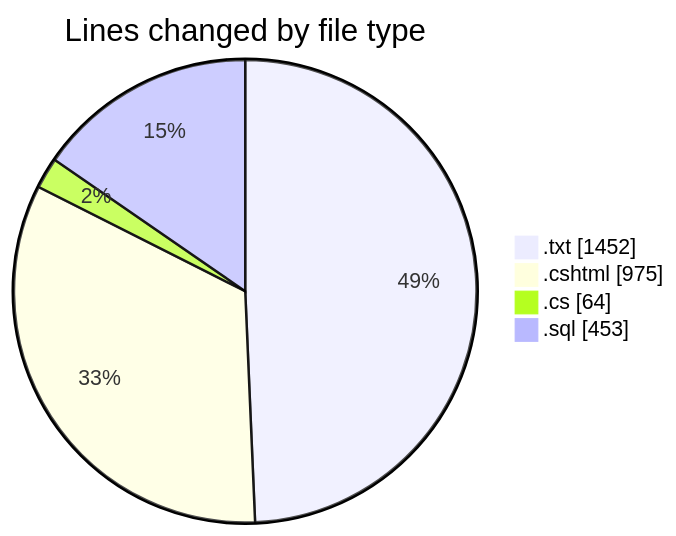
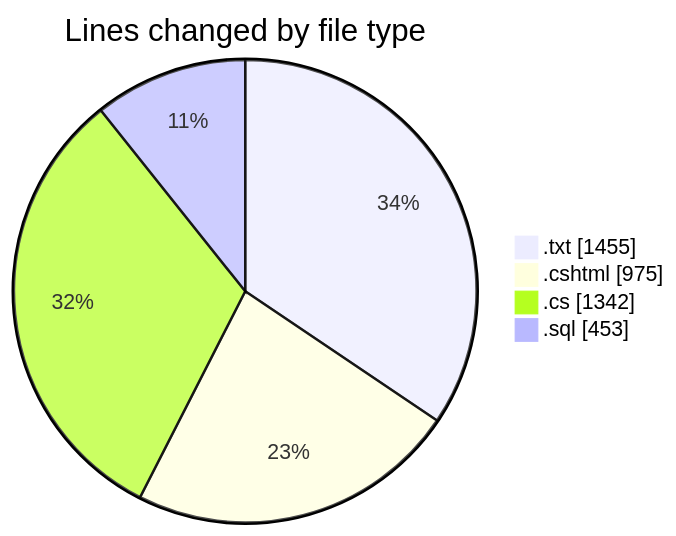
One commit to lephambinh05/code-tracking changed the first of 2 diagrams in 2025-07-25/quanlyrapchieuphim-1/README.md. Above: the diagram before and after it, drawn with Mermaid. The commit also changed other lines of this file and 1 other file, not shown here.

````diff
--- a/2025-07-25/quanlyrapchieuphim-1/README.md
+++ b/2025-07-25/quanlyrapchieuphim-1/README.md
@@ -25,8 +25,8 @@
 ```mermaid
 pie showData
 title Lines changed by file type
-".txt" : 1452
+".txt" : 1455
 ".cshtml" : 975
-".cs" : 64
+".cs" : 1342
 ".sql" : 453
 ```
````
